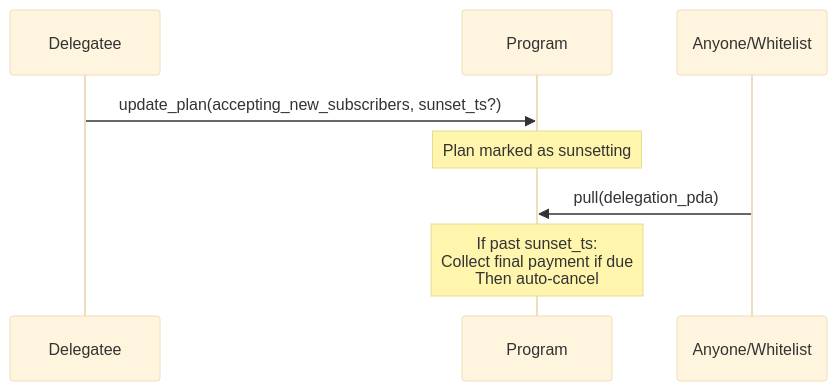
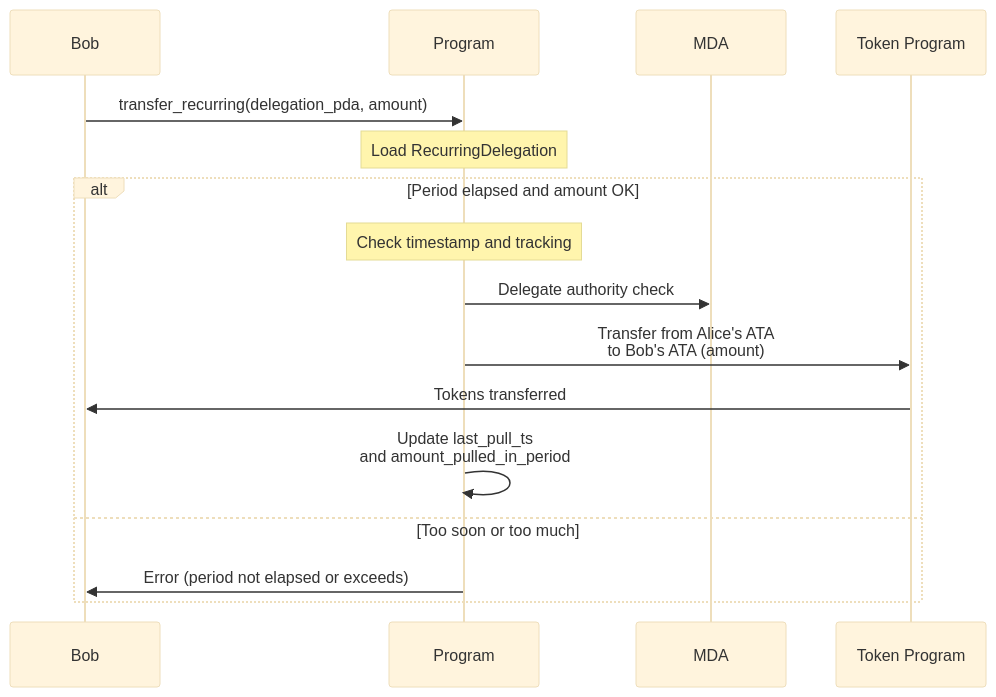
Before and after one commit to solana-program/multi-delegator: the sixth of 6 diagrams in docs/001-multi-delegator-architecture.md, drawn with Mermaid (base theme). The commit also changed other lines of this file and 1 other file, not shown here.

First line of the commit message:
feat: ADR-001 open questions for delegation transfer design (#14)

````diff
--- a/docs/001-multi-delegator-architecture.md
+++ b/docs/001-multi-delegator-architecture.md
@@ -341,12 +124,20 @@
 ```mermaid
 sequenceDiagram
-    participant D as Delegatee
+    participant B as Bob
     participant P as Program
-    participant X as Anyone/Whitelist
+    participant MDA as MDA
+    participant T as Token Program
 
-    D->>P: update_plan(accepting_new_subscribers, sunset_ts?)
-    Note over P: Plan marked as sunsetting
+    B->>P: transfer_recurring(delegation_pda, amount)
+    Note over P: Load RecurringDelegation
 
-    X->>P: pull(delegation_pda)
-    Note over P: If past sunset_ts:<br/>Collect final payment if due<br/>Then auto-cancel
+    alt Period elapsed and amount OK
+        Note over P: Check timestamp and tracking
+        P->>MDA: Delegate authority check
+        P->>T: Transfer from Alice's ATA<br/>to Bob's ATA (amount)
+        T->>B: Tokens transferred
+        P->>P: Update last_pull_ts<br/>and amount_pulled_in_period
+    else Too soon or too much
+        P->>B: Error (period not elapsed or exceeds)
+    end
 ```
````
